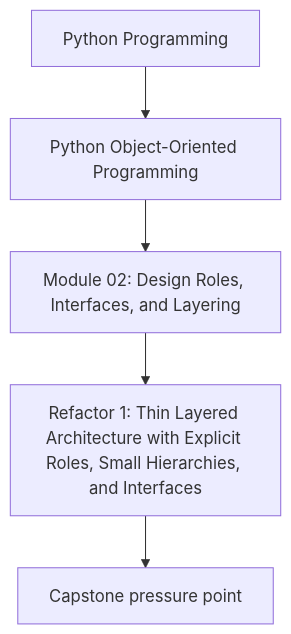
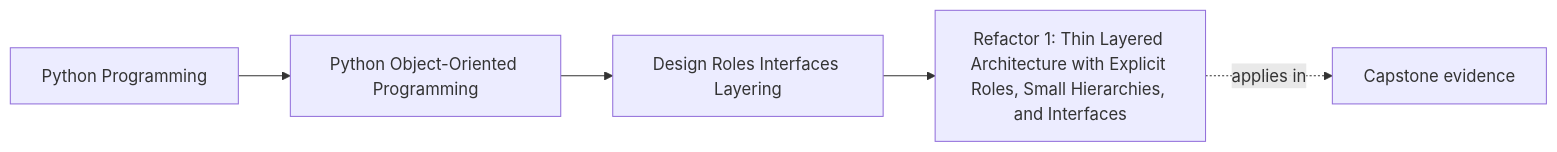
One commit to bijux/bijux-masterclass changed the first of 2 diagrams in programs/python-programming/python-object-oriented-programming/course-book/module-02-design-roles-interfaces-layering/refactor-layered-design-with-small-hierarchies.md. Above: the diagram before and after it, drawn with Mermaid. The commit also changed other lines of this file and 65 other files, not shown here.

Commit message:
docs(python-object-oriented-programming): map object model and design foundations

````diff
--- a/programs/python-programming/python-object-oriented-programming/course-book/module-02-design-roles-interfaces-layering/refactor-layered-design-with-small-hierarchies.md
+++ b/programs/python-programming/python-object-oriented-programming/course-book/module-02-design-roles-interfaces-layering/refactor-layered-design-with-small-hierarchies.md
@@ -7,7 +7,11 @@
 ```mermaid
-flowchart TD
-  family["Python Programming"] --> program["Python Object-Oriented Programming"]
-  program --> module["Module 02: Design Roles, Interfaces, and Layering"]
-  module --> concept["Refactor 1: Thin Layered Architecture with Explicit Roles, Small Hierarchies, and Interfaces"]
-  concept --> capstone["Capstone pressure point"]
+graph LR
+  family["Python Programming"]
+  program["Python Object-Oriented Programming"]
+  section["Design Roles Interfaces Layering"]
+  page["Refactor 1: Thin Layered Architecture with Explicit Roles, Small Hierarchies, and Interfaces"]
+  capstone["Capstone evidence"]
+
+  family --> program --> section --> page
+  page -.applies in.-> capstone
 ```
````
